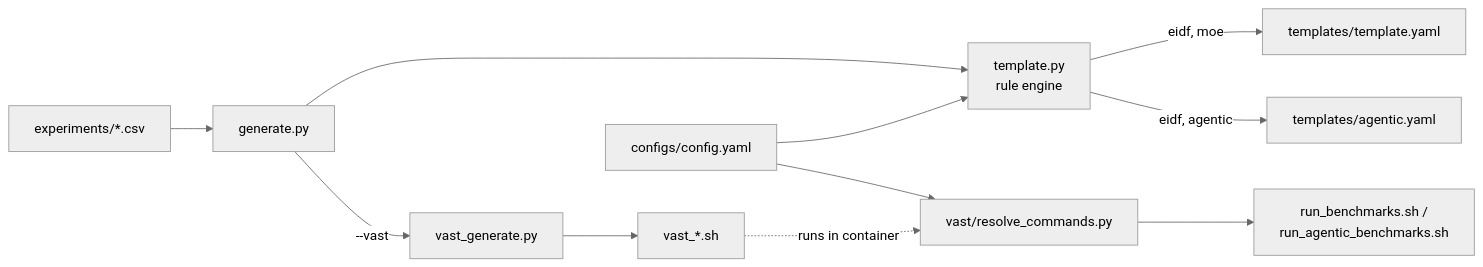
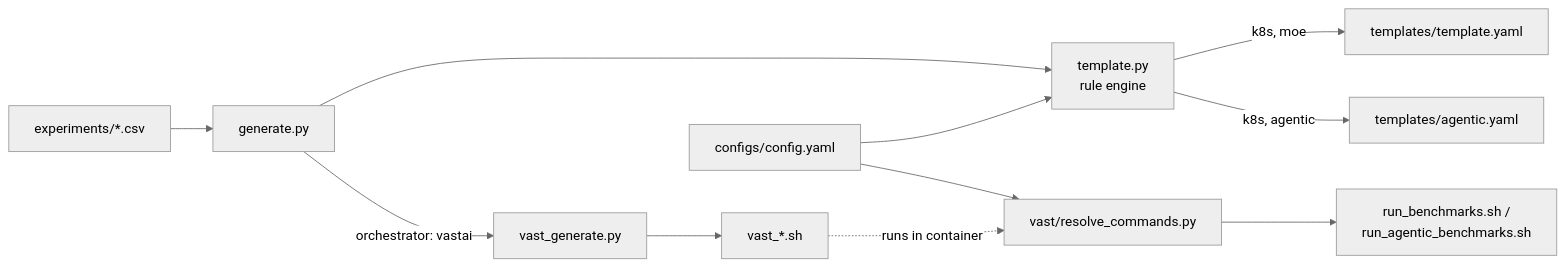
One commit to TEAS-project/TEASBench changed the sixth of 7 diagrams in docs/DEVELOPER_GUIDE.md. Above: the diagram before and after it, drawn with Mermaid (neutral theme). The commit also changed other lines of this file and 38 other files, not shown here.

````diff
--- a/docs/DEVELOPER_GUIDE.md
+++ b/docs/DEVELOPER_GUIDE.md
@@ -257,13 +270,13 @@
 ```mermaid
 flowchart LR
     CSV[experiments/*.csv] --> GEN[generate.py]
     CFG[configs/config.yaml] --> TPL[template.py<br/>rule engine]
     GEN --> TPL
-    TPL -->|eidf, moe| Y1[templates/template.yaml]
-    TPL -->|eidf, agentic| Y2[templates/agentic.yaml]
-    GEN -->|--vast| VG[vast_generate.py]
+    TPL -->|k8s, moe| Y1[templates/template.yaml]
+    TPL -->|k8s, agentic| Y2[templates/agentic.yaml]
+    GEN -->|orchestrator: vastai| VG[vast_generate.py]
     VG --> SH[vast_*.sh]
     SH -.runs in container.-> RC[vast/resolve_commands.py]
     CFG --> RC
     RC --> RUN[run_benchmarks.sh /<br/>run_agentic_benchmarks.sh]
 ```
````
